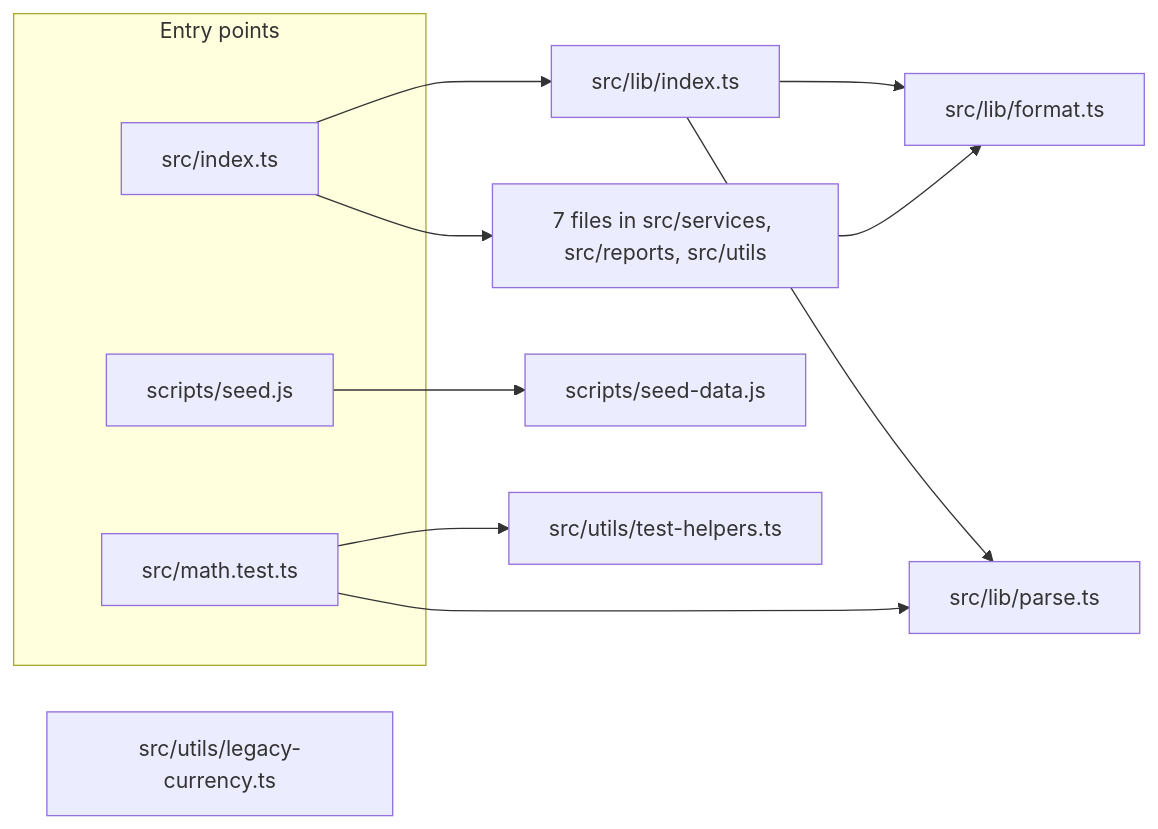
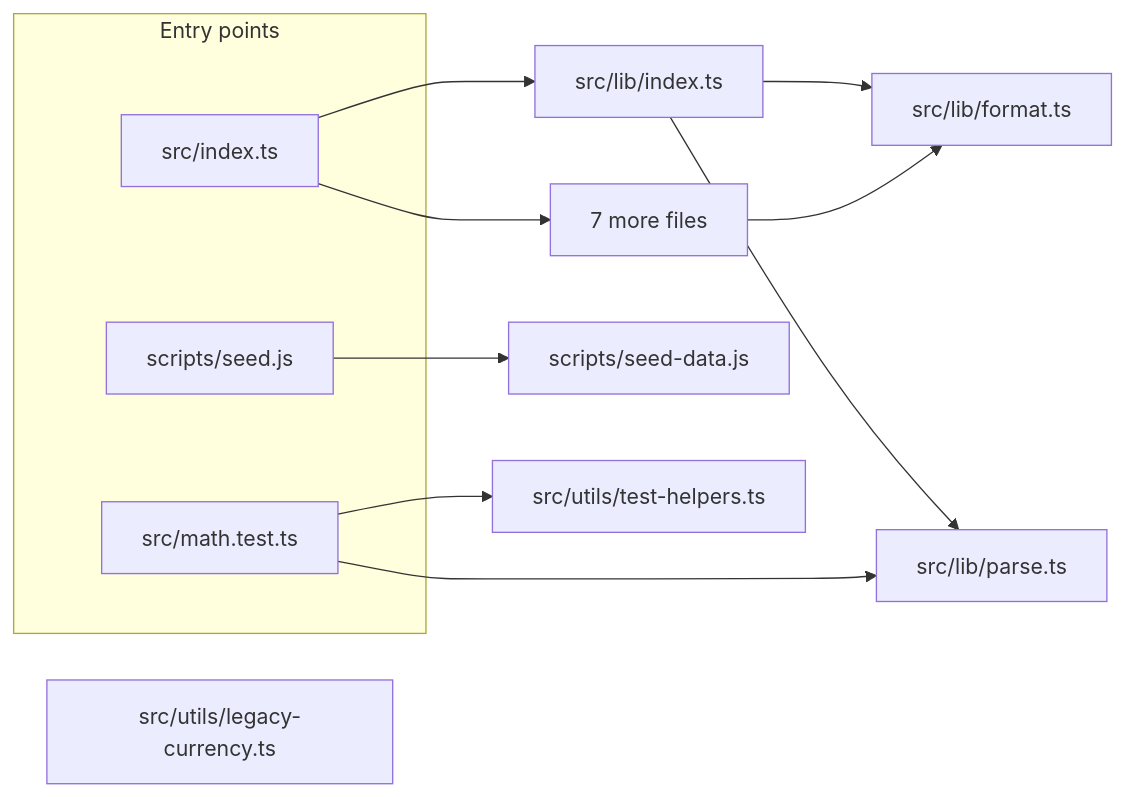
Before and after one commit to fallow-rs/docs: the first of 2 diagrams in concepts/entry-points.mdx, drawn with Mermaid. The commit also changed 12 other files, not shown here.

First line of the commit message:
docs: draw the diagrams so that the site renders each label

````diff
--- a/concepts/entry-points.mdx
+++ b/concepts/entry-points.mdx
@@ -66,17 +66,17 @@
 ```mermaid
 flowchart LR
   subgraph entry["Entry points"]
     main["src/index.ts"]
     seed["scripts/seed.js"]
     test["src/math.test.ts"]
   end
   main --> barrel["src/lib/index.ts"]
   barrel --> format["src/lib/format.ts"]
   barrel --> parse["src/lib/parse.ts"]
-  main --> rest["7 files in src/services, src/reports, src/utils"]
+  main --> rest["7 more files"]
   rest --> format
   seed --> data["scripts/seed-data.js"]
   test --> parse
   test --> helpers["src/utils/test-helpers.ts"]
   legacy["src/utils/legacy-currency.ts"]
 ```
````
